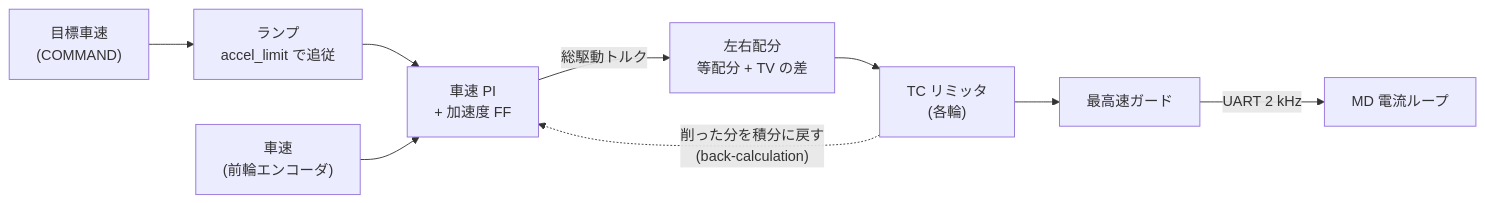
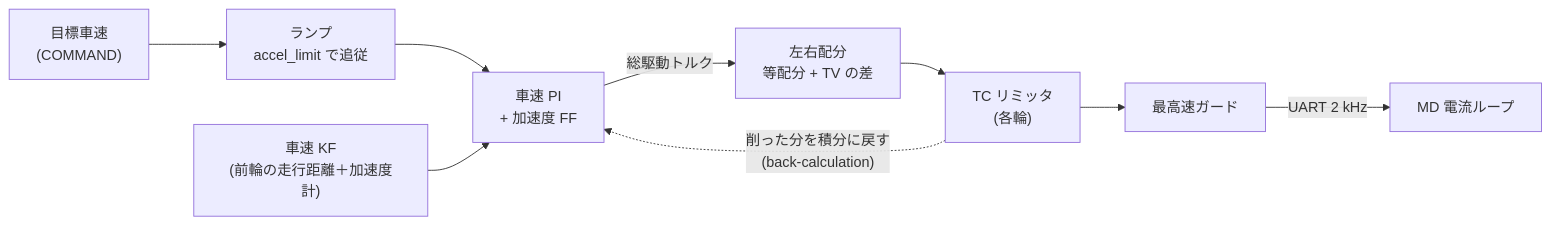
The first of 2 diagrams in docs/control/drive.md (banbatakumi/surge-mk2), drawn with Mermaid before and after one commit. The commit also changed other lines of this file and 11 other files, not shown here.

````diff
--- a/docs/control/drive.md
+++ b/docs/control/drive.md
@@ -18,11 +18,11 @@
 ```mermaid
 flowchart LR
     A["目標車速<br/>(COMMAND)"] --> B["ランプ<br/>accel_limit で追従"]
     B --> C["車速 PI<br/>+ 加速度 FF"]
-    V["車速<br/>(前輪エンコーダ)"] --> C
+    V["車速 KF<br/>(前輪の走行距離＋加速度計)"] --> C
     C -- "総駆動トルク" --> D["左右配分<br/>等配分 + TV の差"]
     D --> E["TC リミッタ<br/>(各輪)"]
     E --> F["最高速ガード"]
     F -- "UART 2 kHz" --> G["MD 電流ループ"]
     E -. "削った分を積分に戻す<br/>(back-calculation)" .-> C
 ```
````
